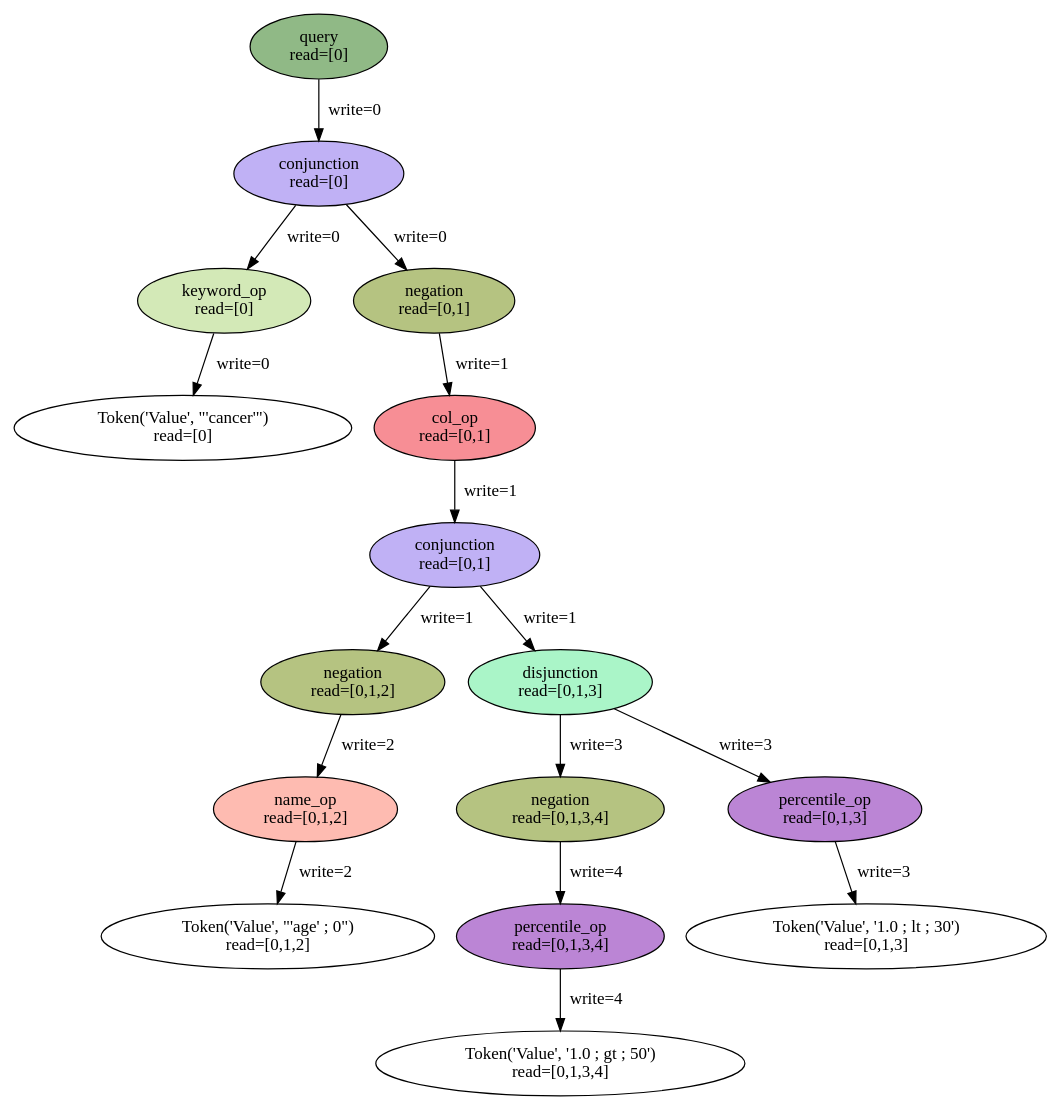
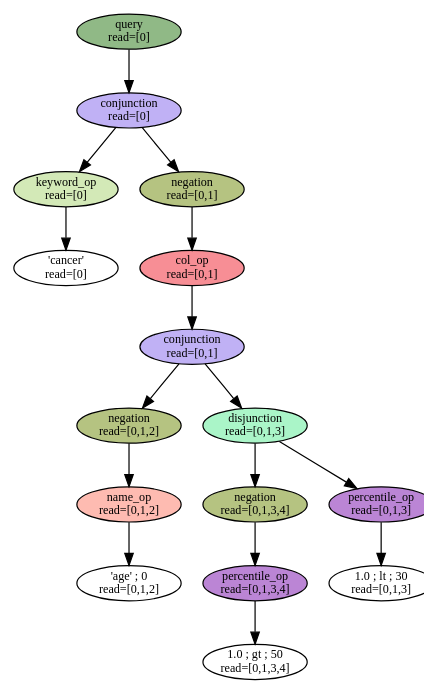
Before and after one commit to leonardgeissler/fainder-demo: the diagram in analysis/visualize_trees/edited_trees/parse_tree_query_justifying_column_node_rule_with_leaves.dot, drawn with Graphviz. The commit also changed 3 other files, not shown here.

```diff
--- a/analysis/visualize_trees/edited_trees/parse_tree_query_justifying_column_node_rule_with_leaves.dot
+++ b/analysis/visualize_trees/edited_trees/parse_tree_query_justifying_column_node_rule_with_leaves.dot
@@ -1,34 +1,37 @@
 digraph G {
 rankdir=TB;
-0 [label="Token('Value', \"'cancer'\") \nread=[0]"];
-1 [style=filled, fillcolor="#d3e9b7", label="keyword_op\nread=[0]"];
-1 -> 0 [label="write=0"];
-2 [label="Token('Value', \"'age' ; 0\")\nread=[0,1,2]"];
-3 [style=filled, fillcolor="#febbb1", label="name_op\nread=[0,1,2]"];
-3 -> 2 [label="write=2"];
-4 [style=filled, fillcolor="#b5c381", label="negation\nread=[0,1,2]"];
-4 -> 3 [label="write=2"];
-5 [label="Token('Value', '1.0 ; gt ; 50')\nread=[0,1,3,4]"];
-6 [style=filled, fillcolor="#bb85d5", label="percentile_op\nread=[0,1,3,4]"];
-6 -> 5 [label="write=4"];
-7 [style=filled, fillcolor="#b5c381", label="negation\nread=[0,1,3,4]"];
-7 -> 6 [label="write=4"];
-8 [label="Token('Value', '1.0 ; lt ; 30')\nread=[0,1,3]"];
-9 [style=filled, fillcolor="#bb85d5", label="percentile_op\nread=[0,1,3]"];
-9 -> 8 [label="write=3"];
-10 [style=filled, fillcolor="#aaf5c8", label="disjunction\nread=[0,1,3]"];
-10 -> 7 [label="write=3"];
-10 -> 9 [label="write=3"];
-11 [style=filled, fillcolor="#c0b1f5", label="conjunction\nread=[0,1]"];
-11 -> 4 [label="write=1"];
-11 -> 10 [label="write=1"];
-12 [style=filled, fillcolor="#f78e95", label="col_op\nread=[0,1]"];
-12 -> 11 [label="write=1"];
-13 [style=filled, fillcolor="#b5c381", label="negation\nread=[0,1]"];
-13 -> 12 [label="write=1"];
-14 [style=filled, fillcolor="#c0b1f5", label="conjunction\nread=[0]"];
-14 -> 1 [label="write=0"];
-14 -> 13 [label="write=0"];
-15 [style=filled, fillcolor="#90b986", label="query\nread=[0]"];
-15 -> 14 [label="write=0"];
+dpi=100;
+size="8,4";
+node [shape=oval, width=1.2, height=0.4, fixedsize=true, fontsize=10];
+0 [label="'cancer' \nread=[0]", shape=oval, width=1.2, height=0.4, fixedsize=true, fontsize=10];
+1 [style=filled, fillcolor="#d3e9b7", label="keyword_op\nread=[0]", shape=oval, width=1.2, height=0.4, fixedsize=true, fontsize=10];
+1 -> 0;
+2 [label="'age' ; 0 \n read=[0,1,2]", shape=oval, width=1.2, height=0.4, fixedsize=true, fontsize=10];
+3 [style=filled, fillcolor="#febbb1", label="name_op\nread=[0,1,2]", shape=oval, width=1.2, height=0.4, fixedsize=true, fontsize=10];
+3 -> 2;
+4 [style=filled, fillcolor="#b5c381", label="negation\nread=[0,1,2]", shape=oval, width=1.2, height=0.4, fixedsize=true, fontsize=10];
+4 -> 3;
+5 [label="1.0 ; gt ; 50 \nread=[0,1,3,4]", shape=oval, width=1.2, height=0.4, fixedsize=true, fontsize=10];
+6 [style=filled, fillcolor="#bb85d5", label="percentile_op\nread=[0,1,3,4]", shape=oval, width=1.2, height=0.4, fixedsize=true, fontsize=10];
+6 -> 5;
+7 [style=filled, fillcolor="#b5c381", label="negation\nread=[0,1,3,4]", shape=oval, width=1.2, height=0.4, fixedsize=true, fontsize=10];
+7 -> 6;
+8 [label="1.0 ; lt ; 30 \nread=[0,1,3]", shape=oval, width=1.2, height=0.4, fixedsize=true, fontsize=10];
+9 [style=filled, fillcolor="#bb85d5", label="percentile_op\nread=[0,1,3]", shape=oval, width=1.2, height=0.4, fixedsize=true, fontsize=10];
+9 -> 8;
+10 [style=filled, fillcolor="#aaf5c8", label="disjunction\nread=[0,1,3]", shape=oval, width=1.2, height=0.4, fixedsize=true, fontsize=10];
+10 -> 7;
+10 -> 9;
+11 [style=filled, fillcolor="#c0b1f5", label="conjunction\nread=[0,1]", shape=oval, width=1.2, height=0.4, fixedsize=true, fontsize=10];
+11 -> 4;
+11 -> 10;
+12 [style=filled, fillcolor="#f78e95", label="col_op\nread=[0,1]", shape=oval, width=1.2, height=0.4, fixedsize=true, fontsize=10];
+12 -> 11;
+13 [style=filled, fillcolor="#b5c381", label="negation\nread=[0,1]", shape=oval, width=1.2, height=0.4, fixedsize=true, fontsize=10];
+13 -> 12;
+14 [style=filled, fillcolor="#c0b1f5", label="conjunction\nread=[0]", shape=oval, width=1.2, height=0.4, fixedsize=true, fontsize=10];
+14 -> 1;
+14 -> 13;
+15 [style=filled, fillcolor="#90b986", label="query\nread=[0]", shape=oval, width=1.2, height=0.4, fixedsize=true, fontsize=10];
+15 -> 14;
 }
```
